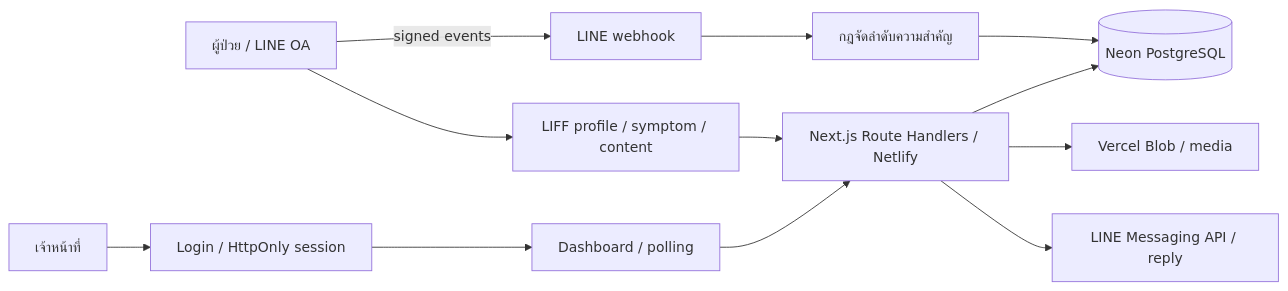
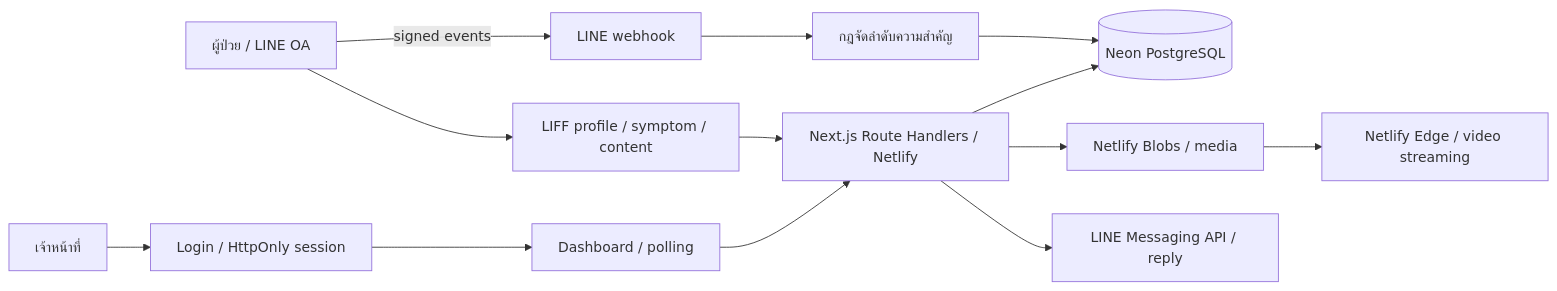
Before and after one commit to wuthhh7/ileal-conduit-demo-test: the diagram in README.md, drawn with Mermaid. The commit also changed other lines of this file and 17 other files, not shown here.

Commit message:
Move video uploads and streaming to Netlify Blobs

````diff
--- a/README.md
+++ b/README.md
@@ -9,14 +9,15 @@
 ```mermaid
 flowchart LR
   Patient[ผู้ป่วย / LINE OA] --> LIFF[LIFF profile / symptom / content]
   Patient -->|signed events| Webhook[LINE webhook]
   LIFF --> API[Next.js Route Handlers / Netlify]
   Webhook --> Triage[กฎจัดลำดับความสำคัญ]
   Triage --> DB[(Neon PostgreSQL)]
   API --> DB
   Staff[เจ้าหน้าที่] --> Auth[Login / HttpOnly session]
   Auth --> Dashboard[Dashboard / polling]
   Dashboard --> API
-  API --> Blob[Vercel Blob / media]
+  API --> Blob[Netlify Blobs / media]
+  Blob --> Media[Netlify Edge / video streaming]
   API --> LINE[LINE Messaging API / reply]
 ```
````
